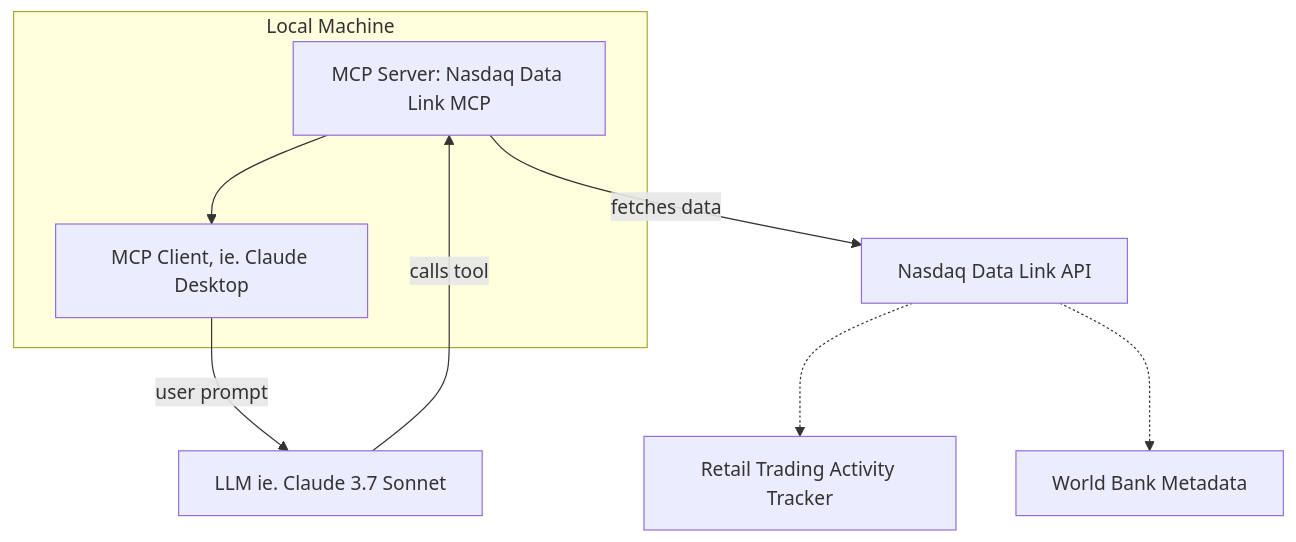
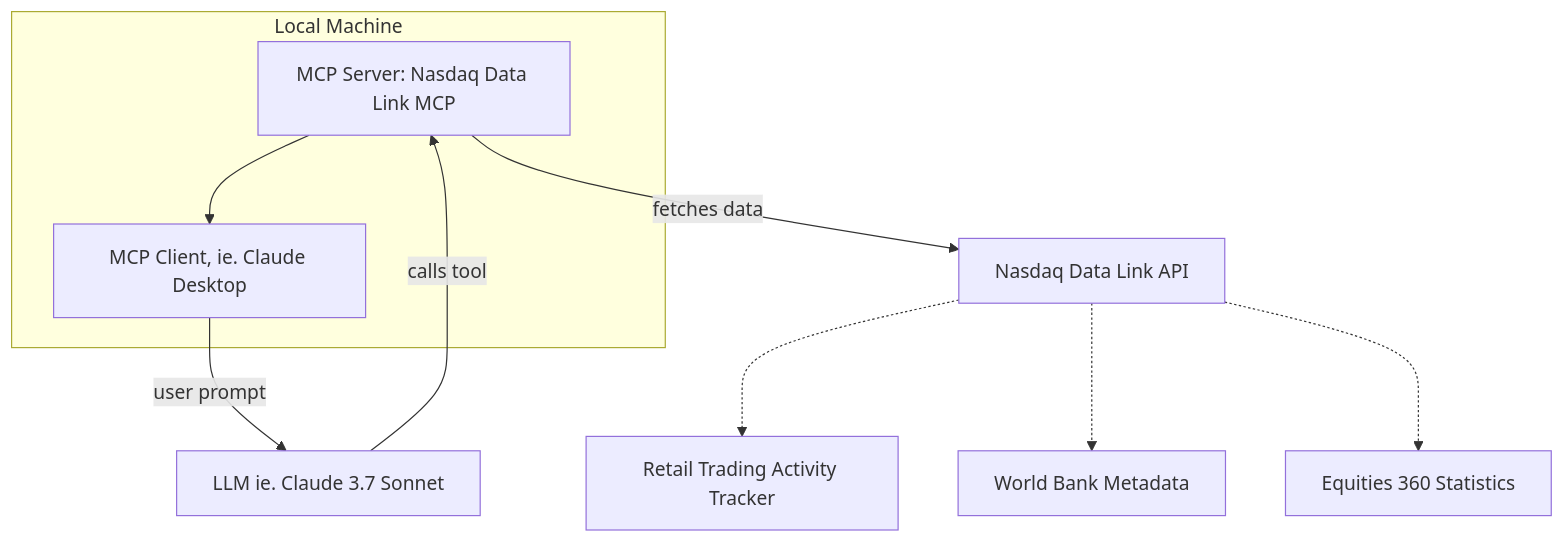
Before and after one commit to stefanoamorelli/nasdaq-data-link-mcp: the diagram in README.md, drawn with Mermaid.

Commit message:
docs: add Equities 360 to architecture diagram

````diff
--- a/README.md
+++ b/README.md
@@ -303,12 +303,13 @@
 ```mermaid
 graph TD
   subgraph "Local Machine"
     A[MCP Server: Nasdaq Data Link MCP] --> C[MCP Client, ie. Claude Desktop]
   end
 
   C -->|user prompt| D[LLM ie. Claude 3.7 Sonnet]
   D -->|calls tool| A
   A -->|fetches data| B[Nasdaq Data Link API]
   B -.-> E[Retail Trading Activity Tracker]
   B -.-> F[World Bank Metadata]
+  B -.-> G[Equities 360 Statistics]
 ```
````
